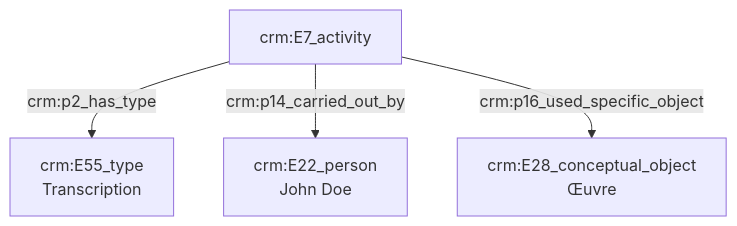
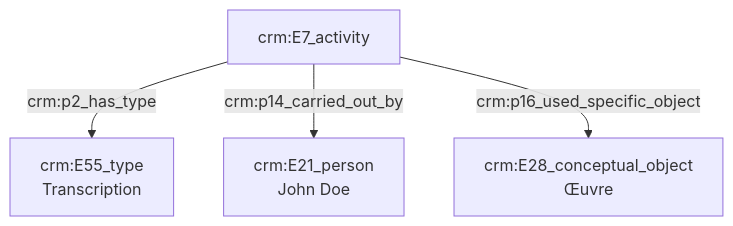
The diagram in modules/livrables/Dossier 2/Indexation conceptuelle/transcription d'une œuvre.md (Amleth/consortium-musica2-gt2-ontologies), drawn with Mermaid before and after one commit.

Commit message:
Update transcription d'une œuvre.md

````diff
--- a/modules/livrables/Dossier 2/Indexation conceptuelle/transcription d'une œuvre.md
+++ b/modules/livrables/Dossier 2/Indexation conceptuelle/transcription d'une œuvre.md
@@ -12,8 +12,8 @@
 ```mermaid
 graph TD;
 
 A[crm:E7_activity] --> |crm:p2_has_type| B[crm:E55_type<br>Transcription]
-A[crm:E7_activity] --> |crm:p14_carried_out_by| C[crm:E22_person<br>John Doe]
+A[crm:E7_activity] --> |crm:p14_carried_out_by| C[crm:E21_person<br>John Doe]
 A[crm:E7_activity] --> |crm:p16_used_specific_object| D[crm:E28_conceptual_object<br>Œuvre]
 
 ```
````
